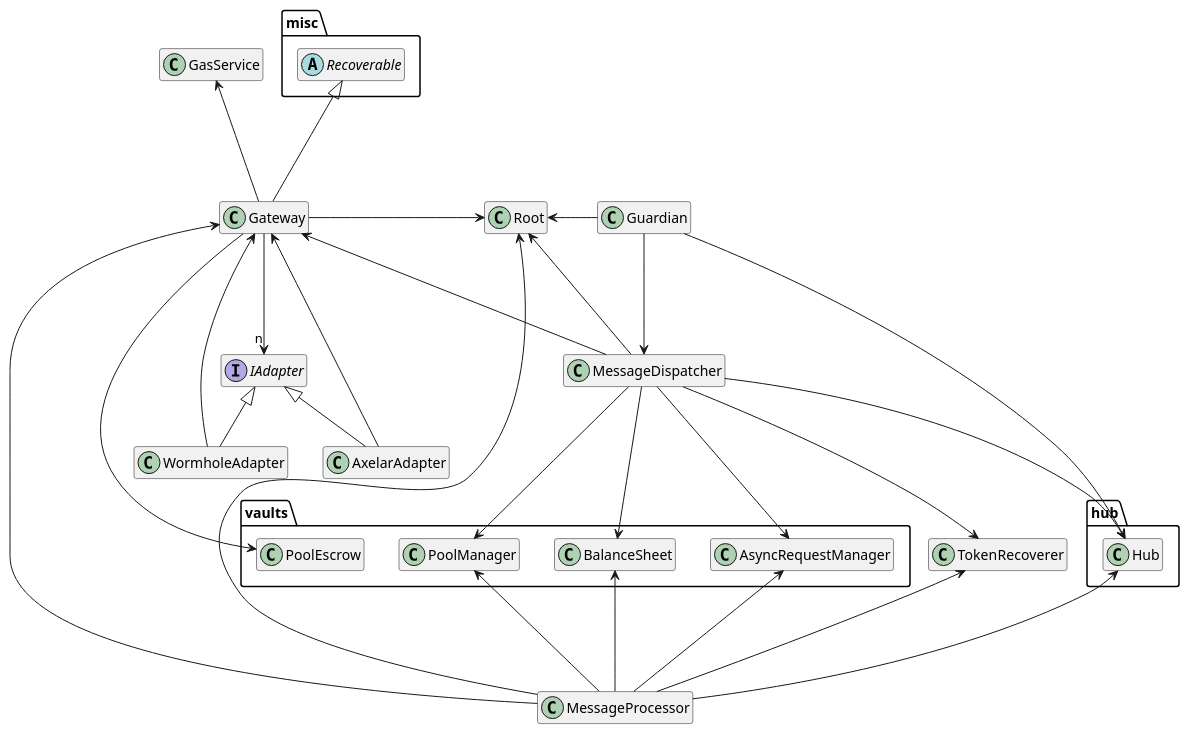
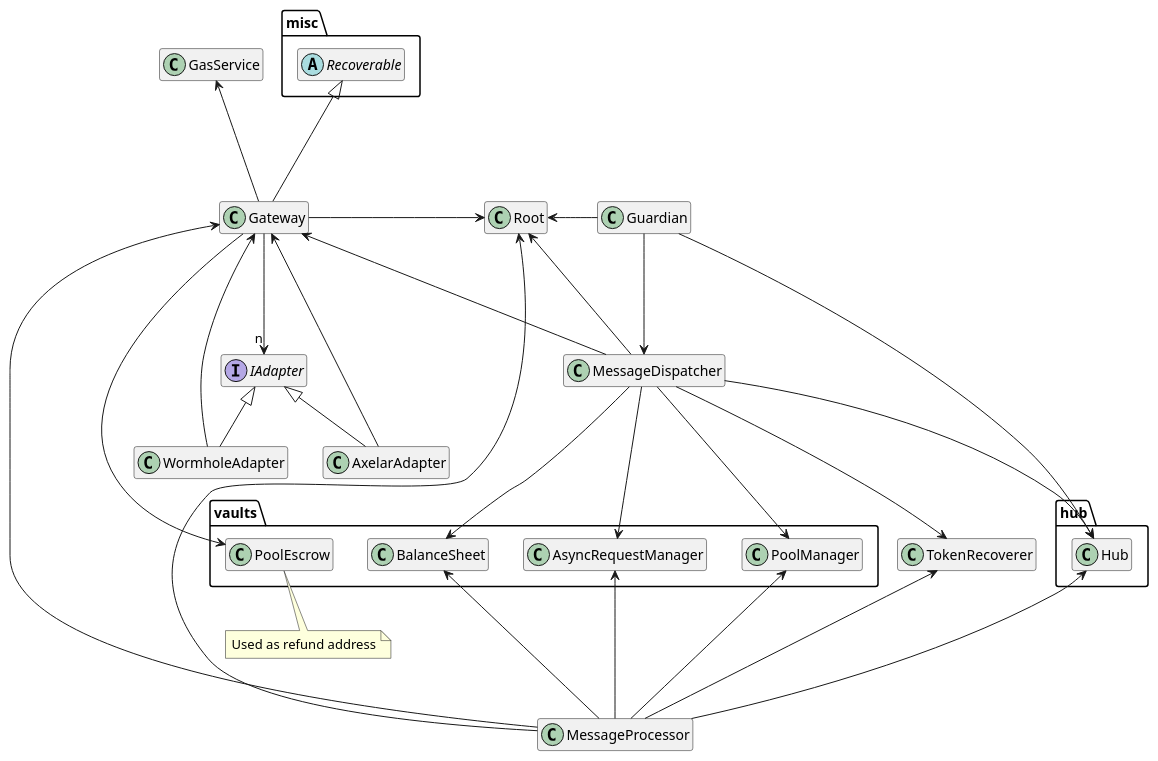
One commit to centrifuge/protocol changed the diagram in docs/architecture/common.puml. Above: the diagram before and after it, drawn with PlantUML. The commit also changed 1 other file, not shown here.

```diff
--- a/docs/architecture/common.puml
+++ b/docs/architecture/common.puml
@@ -1,63 +1,65 @@
 @startuml
 hide empty members
 
 package misc {
     abstract Recoverable
 }
 
 package hub {
     class Hub
 }
 
 package vaults {
     class PoolEscrow
     class PoolManager
     class AsyncRequestManager
     class BalanceSheet
 }
 
 interface IAdapter
 
 class TokenRecoverer
 class Root
 class MessageDispatcher
 class MessageProcessor
 class Gateway
 class AxelarAdapter
 class WormholeAdapter
 class Guardian
 class GasService
 
 AxelarAdapter -up-|> IAdapter
 AxelarAdapter -up--> Gateway
 
 WormholeAdapter -up-|> IAdapter
 WormholeAdapter -up--> Gateway
 
 MessageProcessor --up-> Root
 MessageProcessor --up-> TokenRecoverer
 MessageProcessor --up-> Hub
 MessageProcessor --up-> PoolManager
 MessageProcessor --up-> AsyncRequestManager
 MessageProcessor --up-> BalanceSheet
 MessageProcessor --up-> Gateway
 
 MessageDispatcher ---> Root
 MessageDispatcher ---> TokenRecoverer
 MessageDispatcher ---> Gateway
 MessageDispatcher ---> Hub
 MessageDispatcher ---> PoolManager
 MessageDispatcher ---> AsyncRequestManager
 MessageDispatcher ---> BalanceSheet
 
 Guardian ---> Hub
 Guardian -left---> Root
 Guardian ---> MessageDispatcher
 
 Gateway -up--> GasService
 Gateway -up--|> Recoverable
 Gateway -right-> Root
 Gateway -down-->"n" IAdapter
-Gateway -left-> PoolEscrow
+Gateway --> PoolEscrow
+
+note bottom of PoolEscrow: Used as refund address
 
 @enduml
```
